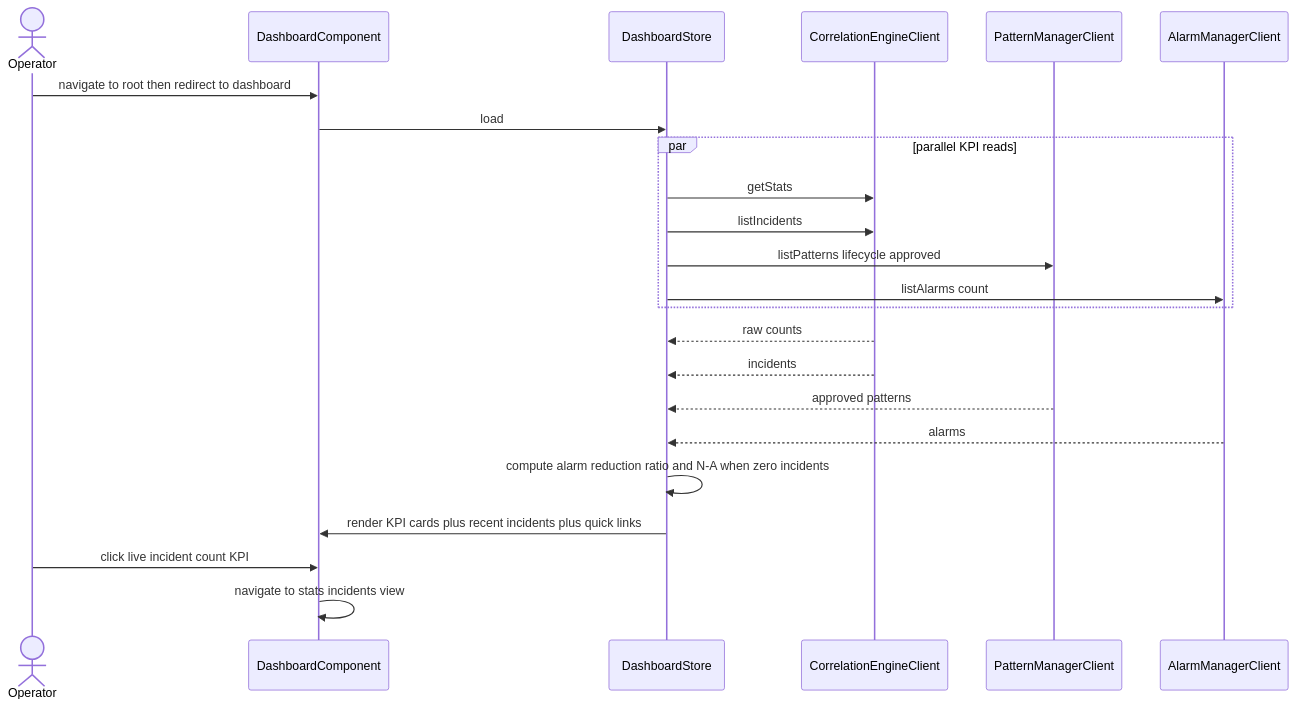
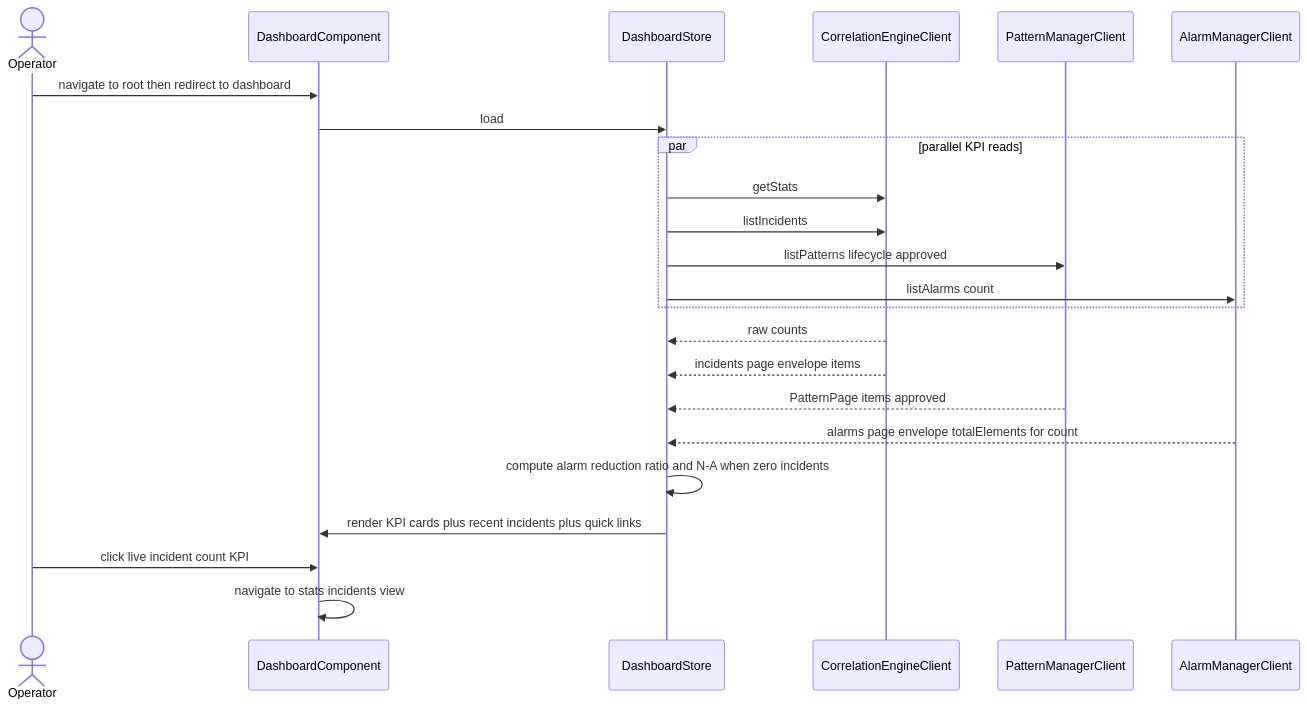
One commit to nikhilmohan/correlation-platform changed the fifth of 13 diagrams in services/web-ui/design.md. Above: the diagram before and after it, drawn with Mermaid. The commit also changed other lines of this file, not shown here.

````diff
--- a/services/web-ui/design.md
+++ b/services/web-ui/design.md
@@ -515,25 +737,25 @@
 ```mermaid
 sequenceDiagram
   actor Operator
   participant Dash as DashboardComponent
   participant Store as DashboardStore
   participant CEC as CorrelationEngineClient
   participant PMC as PatternManagerClient
   participant AMC as AlarmManagerClient
   Operator->>Dash: navigate to root then redirect to dashboard
   Dash->>Store: load
   par parallel KPI reads
     Store->>CEC: getStats
     Store->>CEC: listIncidents
     Store->>PMC: listPatterns lifecycle approved
     Store->>AMC: listAlarms count
   end
   CEC-->>Store: raw counts
-  CEC-->>Store: incidents
-  PMC-->>Store: approved patterns
-  AMC-->>Store: alarms
+  CEC-->>Store: incidents page envelope items
+  PMC-->>Store: PatternPage items approved
+  AMC-->>Store: alarms page envelope totalElements for count
   Store->>Store: compute alarm reduction ratio and N-A when zero incidents
   Store->>Dash: render KPI cards plus recent incidents plus quick links
   Operator->>Dash: click live incident count KPI
   Dash->>Dash: navigate to stats incidents view
 ```
````
